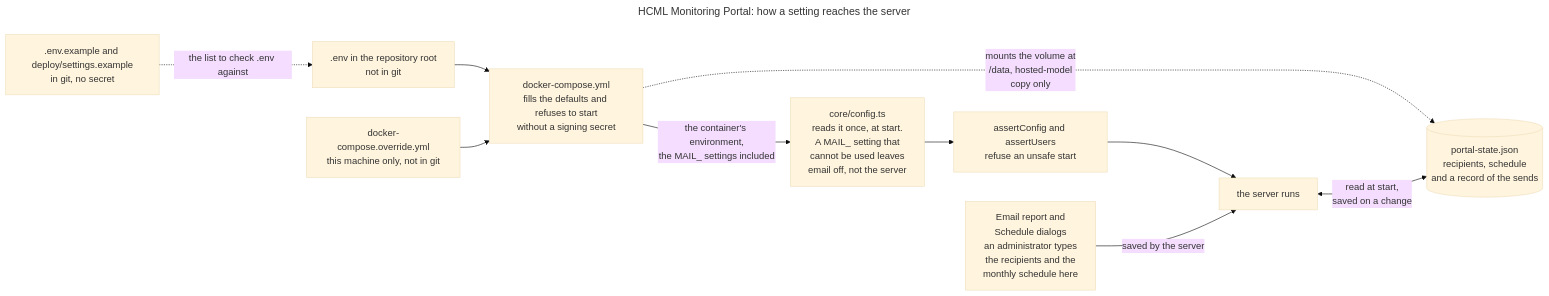
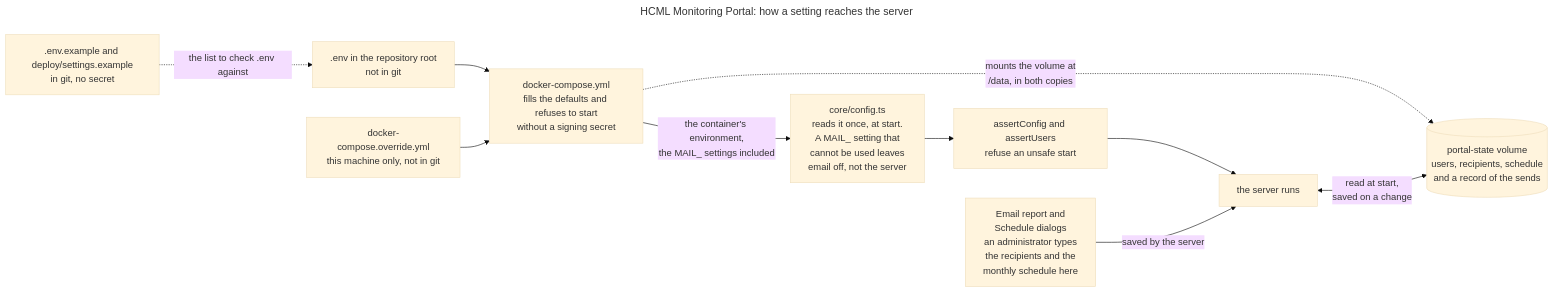
Before and after one commit to Fxkra28/Dashboard-Zabbix-Prototype-Local_LLM: the diagram in docs/handover/diagrams/settings-flow.mmd, drawn with Mermaid (base theme). The commit also changed 558 other files, not shown here.

```diff
--- a/docs/handover/diagrams/settings-flow.mmd
+++ b/docs/handover/diagrams/settings-flow.mmd
@@ -1,16 +1,16 @@
 ---
 title: "HCML Monitoring Portal: how a setting reaches the server"
 ---
 flowchart LR
     %% The real .env and the override file are on the machine only. The two examples are in git and hold no secret.
 
     ENV[".env in the repository root<br/>not in git"] --> COMPOSE["docker-compose.yml<br/>fills the defaults and refuses to start<br/>without a signing secret"]
     OVR["docker-compose.override.yml<br/>this machine only, not in git"] --> COMPOSE
     COMPOSE -->|"the container's environment,<br/>the MAIL_ settings included"| CONFIG["core/config.ts<br/>reads it once, at start.<br/>A MAIL_ setting that<br/>cannot be used leaves<br/>email off, not the server"]
     CONFIG --> ASSERT["assertConfig and assertUsers<br/>refuse an unsafe start"]
     ASSERT --> RUN["the server runs"]
-    COMPOSE -.->|"mounts the volume at<br/>/data, hosted-model<br/>copy only"| STATE[("portal-state.json<br/>recipients, schedule<br/>and a record of the sends")]
+    COMPOSE -.->|"mounts the volume at<br/>/data, in both copies"| STATE[("portal-state volume<br/>users, recipients, schedule<br/>and a record of the sends")]
     RUN <-->|"read at start,<br/>saved on a change"| STATE
     DIALOGS["Email report and<br/>Schedule dialogs<br/>an administrator types<br/>the recipients and the<br/>monthly schedule here"] -->|"saved by the server"| RUN
     EX[".env.example and deploy/settings.example<br/>in git, no secret"] -.->|"the list to check .env against"| ENV
-%% source-hash: 845fbc879474
+%% source-hash: d9220de93630
```
